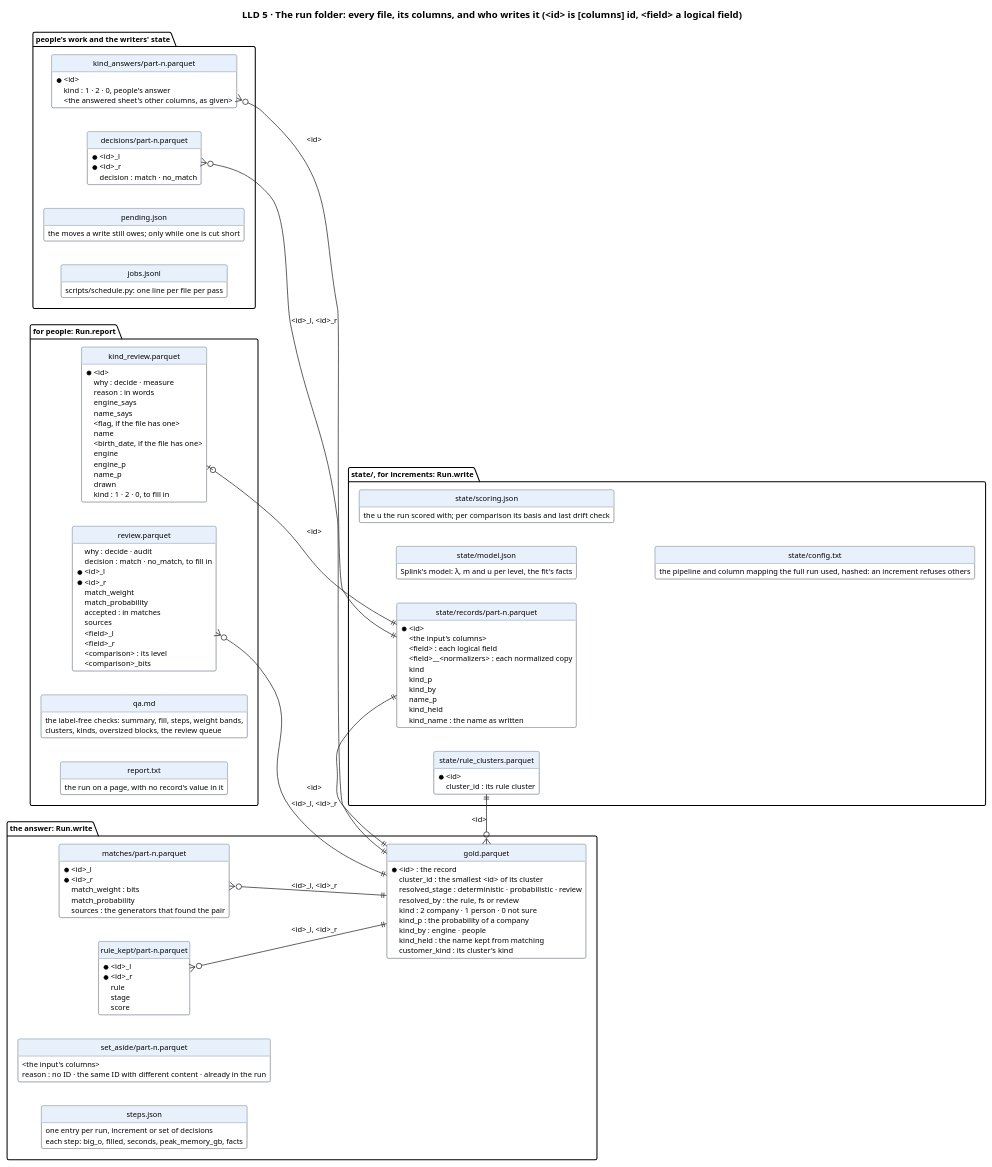
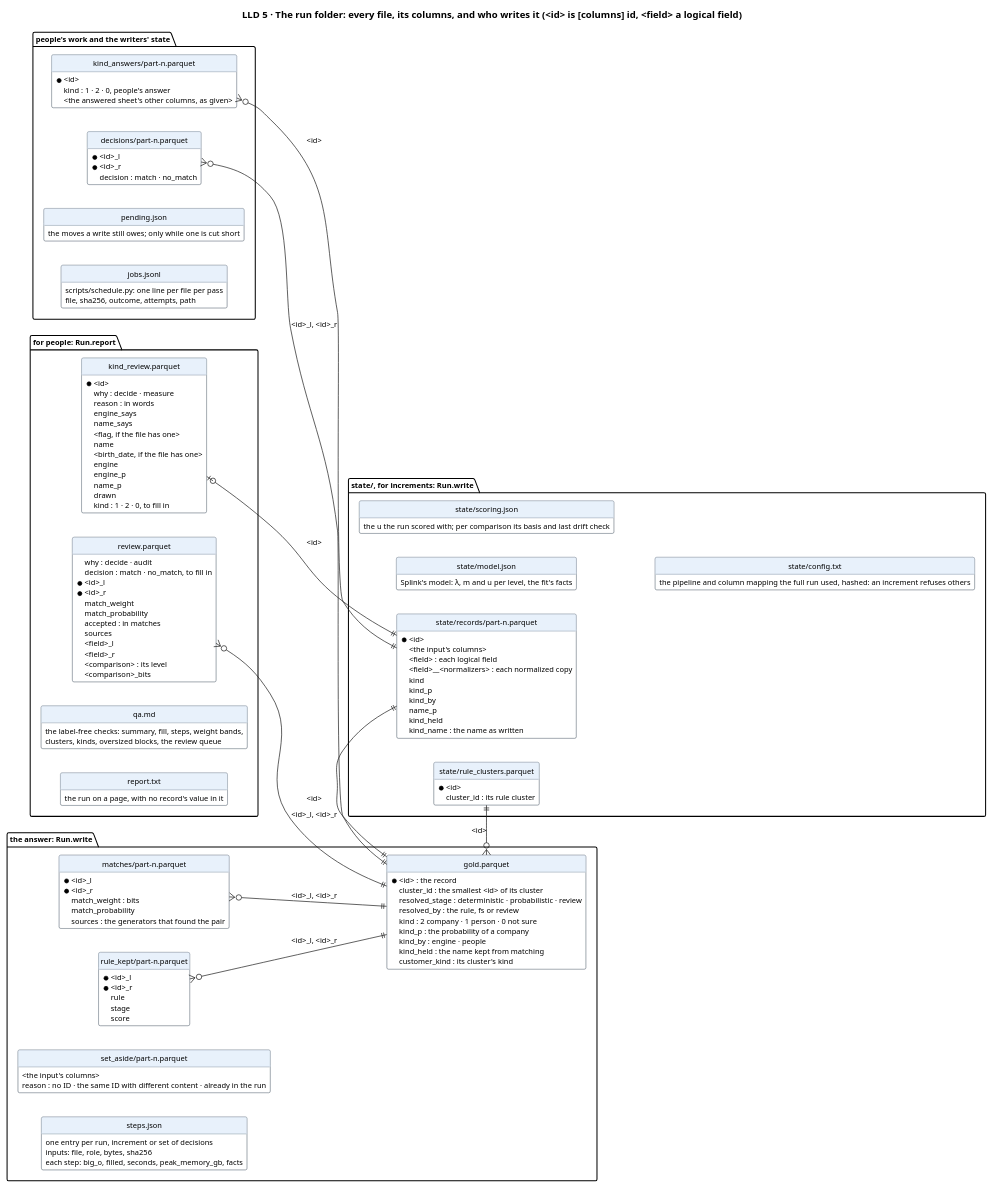
The diagram in docs/diagrams/data.puml (mvsbm/entity_matching), drawn with PlantUML before and after one commit. The commit also changed 14 other files, not shown here.

```diff
--- a/docs/diagrams/data.puml
+++ b/docs/diagrams/data.puml
@@ -1,144 +1,146 @@
 @startuml data
 title LLD 5 · The run folder: every file, its columns, and who writes it (<id> is [columns] id, <field> a logical field)
 set namespaceSeparator none
 left to right direction
 hide circle
 hide methods
 skinparam defaultFontSize 11
 skinparam class {
   BackgroundColor #FFFFFF
   BorderColor #65717E
   HeaderBackgroundColor #E8F1FB
 }
 
 package "the answer: Run.write" {
   entity "gold.parquet" as gold {
     * <id> : the record
     cluster_id : the smallest <id> of its cluster
     resolved_stage : deterministic · probabilistic · review
     resolved_by : the rule, fs or review
     kind : 2 company · 1 person · 0 not sure
     kind_p : the probability of a company
     kind_by : engine · people
     kind_held : the name kept from matching
     customer_kind : its cluster's kind
   }
   entity "matches/part-n.parquet" as matches {
     * <id>_l
     * <id>_r
     match_weight : bits
     match_probability
     sources : the generators that found the pair
   }
   entity "rule_kept/part-n.parquet" as rule_kept {
     * <id>_l
     * <id>_r
     rule
     stage
     score
   }
   entity "set_aside/part-n.parquet" as set_aside {
     <the input's columns>
     reason : no ID · the same ID with different content · already in the run
   }
   entity "steps.json" as steps {
     one entry per run, increment or set of decisions
+    inputs: file, role, bytes, sha256
     each step: big_o, filled, seconds, peak_memory_gb, facts
   }
 }
 
 package "state/, for increments: Run.write" {
   entity "state/records/part-n.parquet" as records {
     * <id>
     <the input's columns>
     <field> : each logical field
     <field>__<normalizers> : each normalized copy
     kind
     kind_p
     kind_by
     name_p
     kind_held
     kind_name : the name as written
   }
   entity "state/rule_clusters.parquet" as rule_clusters {
     * <id>
     cluster_id : its rule cluster
   }
   entity "state/model.json" as model {
     Splink's model: λ, m and u per level, the fit's facts
   }
   entity "state/scoring.json" as scoring {
     the u the run scored with; per comparison its basis and last drift check
   }
   entity "state/config.txt" as config {
     the pipeline and column mapping the full run used, hashed: an increment refuses others
   }
 }
 
 package "for people: Run.report" {
   entity "review.parquet" as review {
     why : decide · audit
     decision : match · no_match, to fill in
     * <id>_l
     * <id>_r
     match_weight
     match_probability
     accepted : in matches
     sources
     <field>_l
     <field>_r
     <comparison> : its level
     <comparison>_bits
   }
   entity "kind_review.parquet" as kind_review {
     * <id>
     why : decide · measure
     reason : in words
     engine_says
     name_says
     <flag, if the file has one>
     name
     <birth_date, if the file has one>
     engine
     engine_p
     name_p
     drawn
     kind : 1 · 2 · 0, to fill in
   }
   entity "qa.md" as qa {
     the label-free checks: summary, fill, steps, weight bands,
     clusters, kinds, oversized blocks, the review queue
   }
   entity "report.txt" as report {
     the run on a page, with no record's value in it
   }
 }
 
 package "people's work and the writers' state" {
   entity "decisions/part-n.parquet" as decisions {
     * <id>_l
     * <id>_r
     decision : match · no_match
   }
   entity "kind_answers/part-n.parquet" as kind_answers {
     * <id>
     kind : 1 · 2 · 0, people's answer
     <the answered sheet's other columns, as given>
   }
   entity "pending.json" as pending {
     the moves a write still owes; only while one is cut short
   }
   entity "jobs.jsonl" as jobs {
     scripts/schedule.py: one line per file per pass
+    file, sha256, outcome, attempts, path
   }
 }
 
 gold }o--|| rule_clusters : <id>
 matches }o--|| gold : <id>_l, <id>_r
 rule_kept }o--|| gold : <id>_l, <id>_r
 records ||--|| gold : <id>
 kind_answers }o--|| records : <id>
 review }o--|| gold : <id>_l, <id>_r
 kind_review |o--|| records : <id>
 decisions }o--|| gold : <id>_l, <id>_r
 @enduml
```
